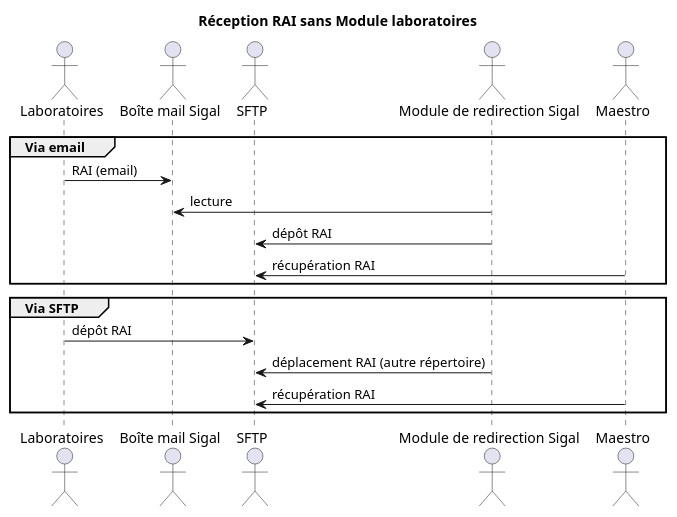
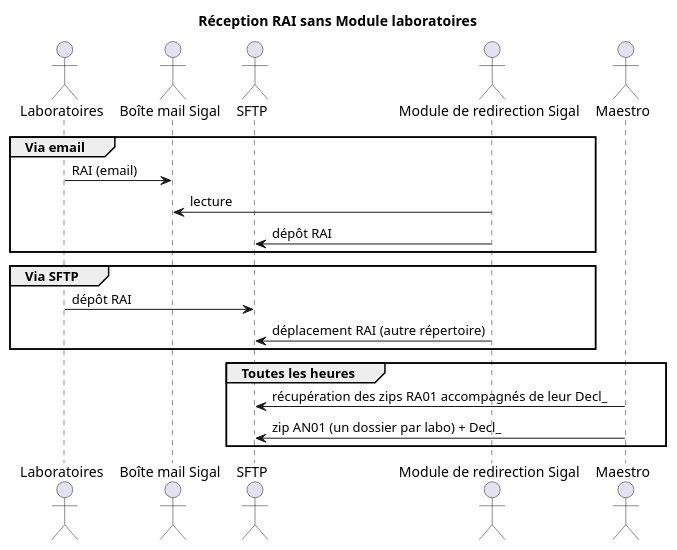
One commit to betagouv/maestro changed the diagram in docs/rai-flow.puml. Above: the diagram before and after it, drawn with PlantUML. The commit also changed 58 other files, not shown here.

```diff
--- a/docs/rai-flow.puml
+++ b/docs/rai-flow.puml
@@ -1,23 +1,26 @@
 @startuml
 title Réception RAI sans Module laboratoires
 
 actor Laboratoires
 actor "Boîte mail Sigal" as MailSigal
 actor "SFTP" as SFTP
 actor "Module de redirection Sigal" as ModuleRedirection
 actor Maestro order 10
 
 group Via email
   Laboratoires -> MailSigal : RAI (email)
   ModuleRedirection -> MailSigal : lecture
   ModuleRedirection -> SFTP : dépôt RAI
-  Maestro -> SFTP : récupération RAI
 end
 
 group Via SFTP
   Laboratoires -> SFTP : dépôt RAI
   ModuleRedirection -> SFTP : déplacement RAI (autre répertoire)
-  Maestro -> SFTP : récupération RAI
+end
+
+group Toutes les heures
+  Maestro -> SFTP : récupération des zips RA01 accompagnés de leur Decl_
+  Maestro -> SFTP : zip AN01 (un dossier par labo) + Decl_
 end
 
 @enduml
```
